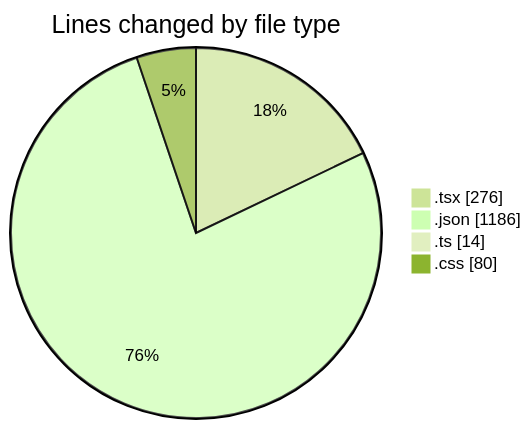
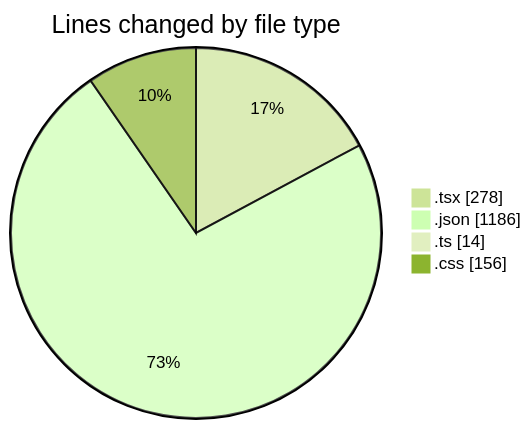
Before and after one commit to EIIisD/code-tracking: the first of 2 diagrams in 2025-08-04/tw-server/README.md, drawn with Mermaid (forest theme). The commit also changed other lines of this file and 1 other file, not shown here.

````diff
--- a/2025-08-04/tw-server/README.md
+++ b/2025-08-04/tw-server/README.md
@@ -25,8 +25,8 @@
 ```mermaid
 pie showData
 title Lines changed by file type
-".tsx" : 276
+".tsx" : 278
 ".json" : 1186
 ".ts" : 14
-".css" : 80
+".css" : 156
 ```
````
